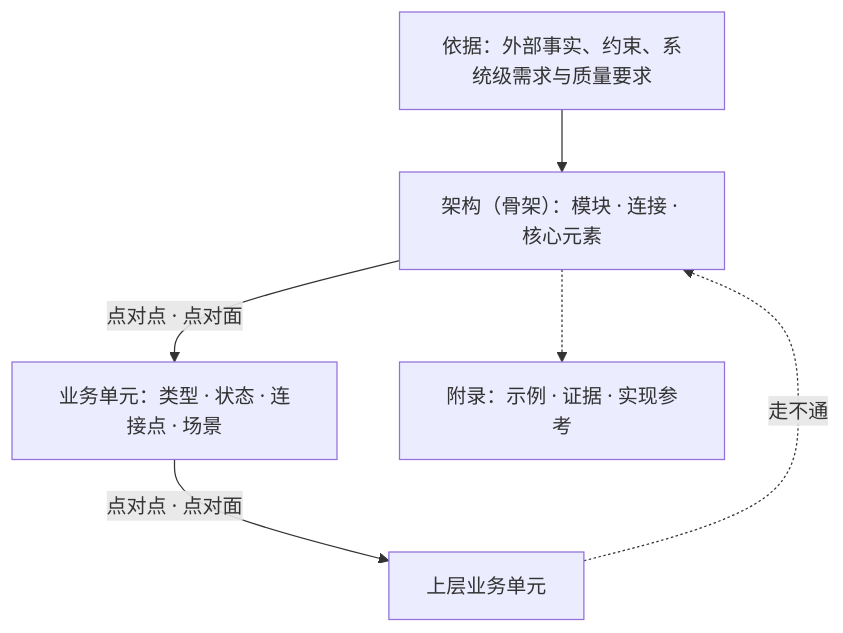
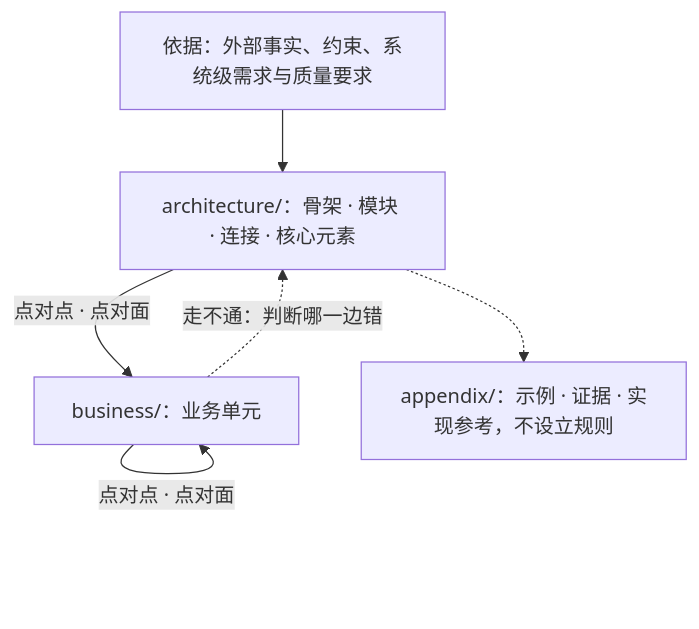
The first of 4 diagrams in skills/software-design/SKILL.md (mouriya-s-lab/SSoT), drawn with Mermaid before and after one commit. The commit also changed other lines of this file and 2 other files, not shown here.

````diff
--- a/skills/software-design/SKILL.md
+++ b/skills/software-design/SKILL.md
@@ -34,8 +56,8 @@
 ```mermaid
 flowchart TB
-    G["依据：外部事实、约束、系统级需求与质量要求"] --> A["架构（骨架）：模块 · 连接 · 核心元素"]
-    A -->|"点对点 · 点对面"| B["业务单元：类型 · 状态 · 连接点 · 场景"]
-    B -->|"点对点 · 点对面"| U["上层业务单元"]
-    U -.->|"走不通"| A
-    A -.-> X["附录：示例 · 证据 · 实现参考"]
+    G["依据：外部事实、约束、系统级需求与质量要求"] --> A["architecture/：骨架 · 模块 · 连接 · 核心元素"]
+    A -->|"点对点 · 点对面"| B["business/：业务单元"]
+    B -->|"点对点 · 点对面"| B
+    B -.->|"走不通：判断哪一边错"| A
+    A -.-> X["appendix/：示例 · 证据 · 实现参考，不设立规则"]
 ```
````
